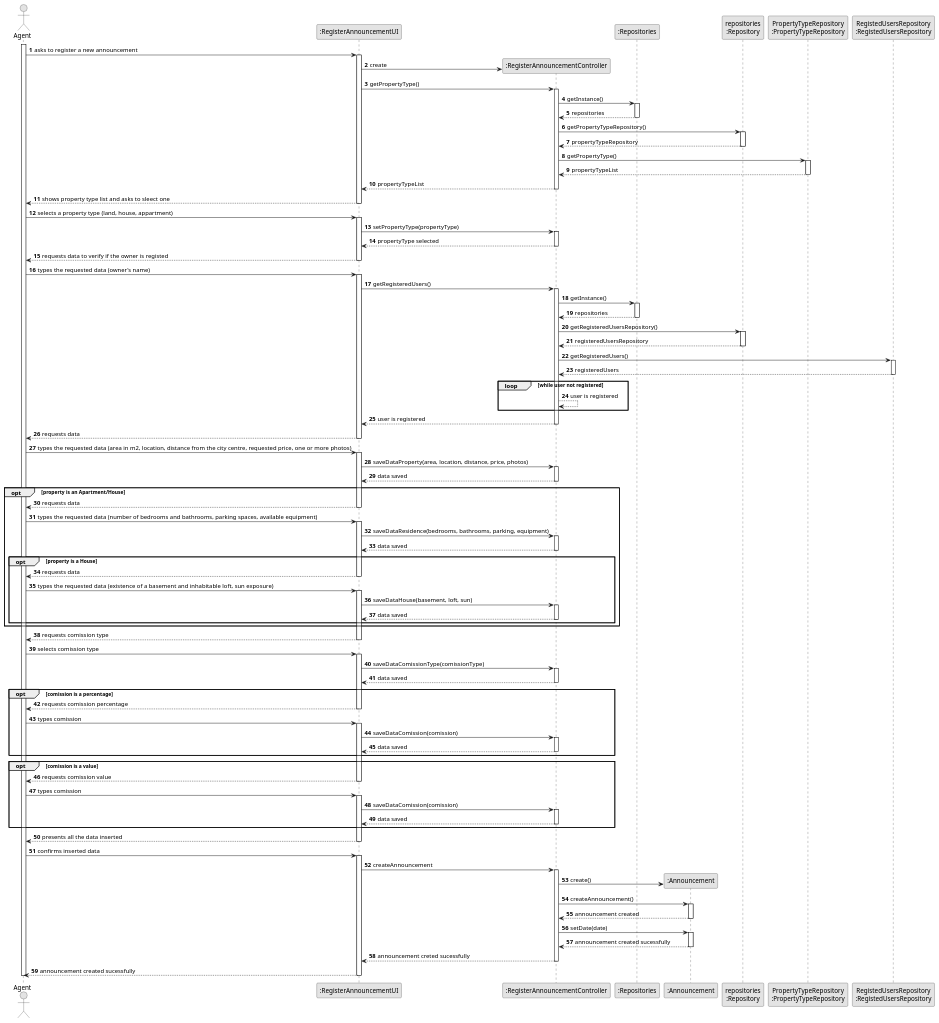
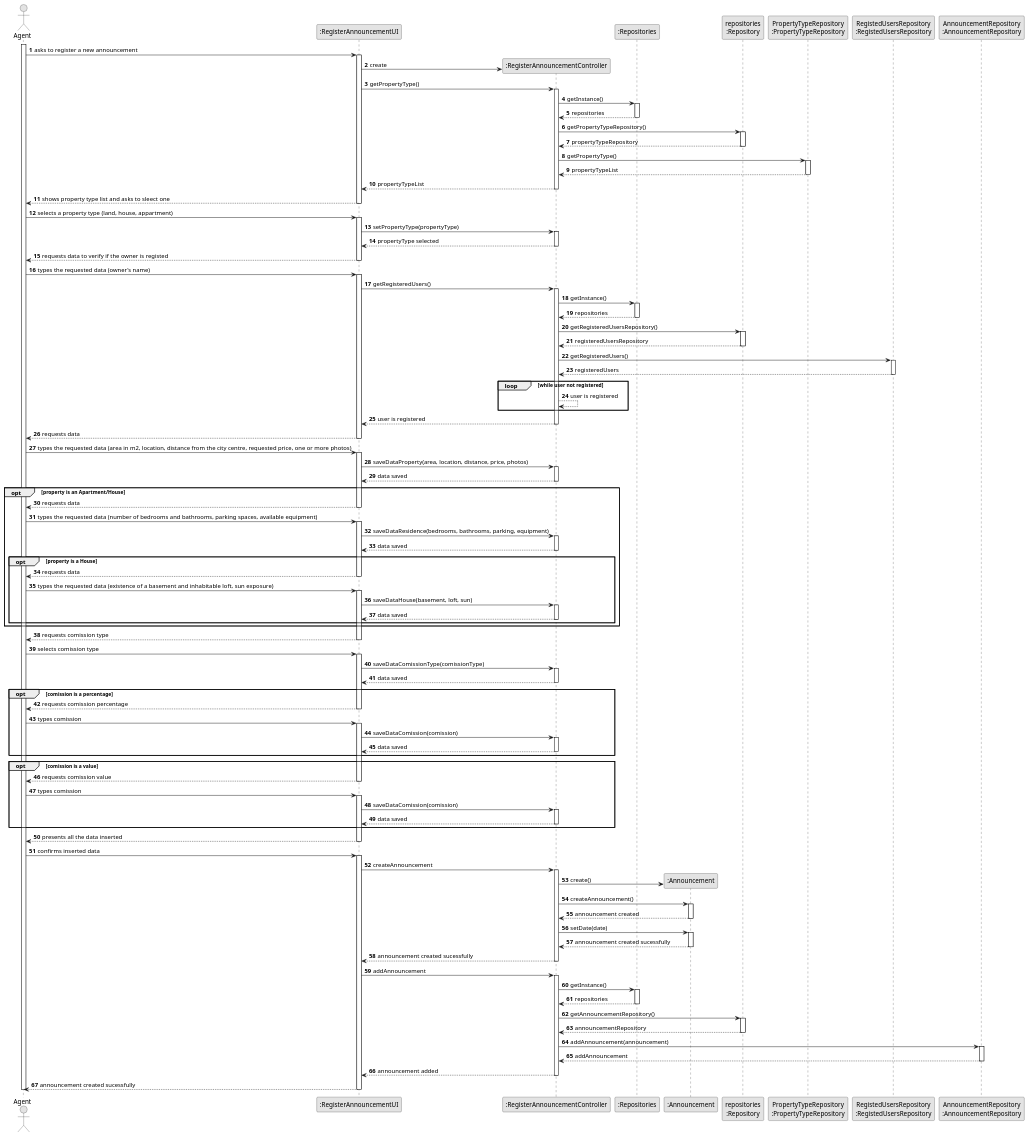
Before and after one commit to 1220812/LAPR2: the diagram in docs/sprintC/us002/03.design/puml/us002-sequence-diagram-full.puml, drawn with PlantUML. The commit also changed 6 other files, not shown here.

```diff
--- a/docs/sprintC/us002/03.design/puml/us002-sequence-diagram-full.puml
+++ b/docs/sprintC/us002/03.design/puml/us002-sequence-diagram-full.puml
@@ -14,6 +14,7 @@
 participant "repositories\n:Repository" as PLAT
 participant "PropertyTypeRepository\n:PropertyTypeRepository" as PropertyTypeREP
 participant "RegistedUsersRepository\n:RegistedUsersRepository" as RegistedUsersREP
+participant "AnnouncementRepository\n:AnnouncementRepository" as AnnouncementREP
 
 
 activate AGENT
@@ -173,9 +174,30 @@
 ANCMT --> CTRL : announcement created sucessfully
 deactivate ANCMT
 
-CTRL --> UI : announcement creted sucessfully
+CTRL --> UI : announcement created sucessfully
 deactivate CTRL
+UI -> CTRL : addAnnouncement
+    activate CTRL
+    CTRL -> REP : getInstance()
+                    activate REP
 
+                        REP --> CTRL: repositories
+                    deactivate REP
+
+                    CTRL -> PLAT : getAnnouncementRepository()
+                    activate PLAT
+
+                        PLAT --> CTRL: announcementRepository
+                    deactivate PLAT
+
+                    CTRL -> AnnouncementREP : addAnnouncement(announcement)
+                    activate AnnouncementREP
+
+                        AnnouncementREP --> CTRL : addAnnouncement
+                    deactivate AnnouncementREP
+
+                    CTRL --> UI : announcement added
+                deactivate CTRL
 
 UI --> AGENT : announcement created sucessfully
 deactivate UI
```
